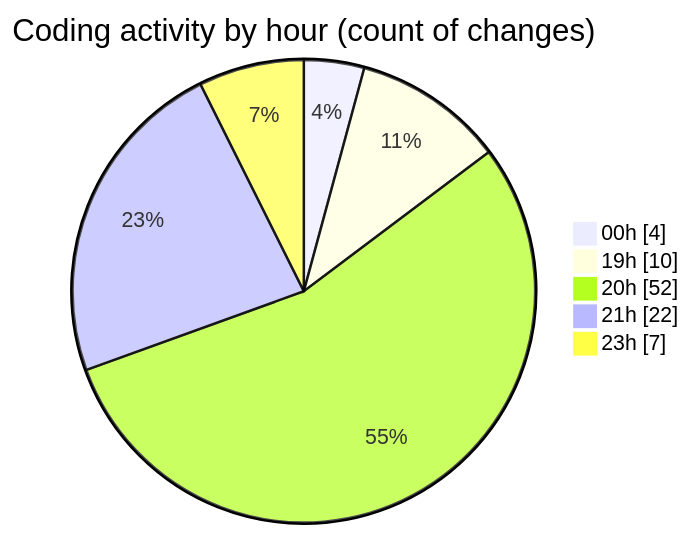
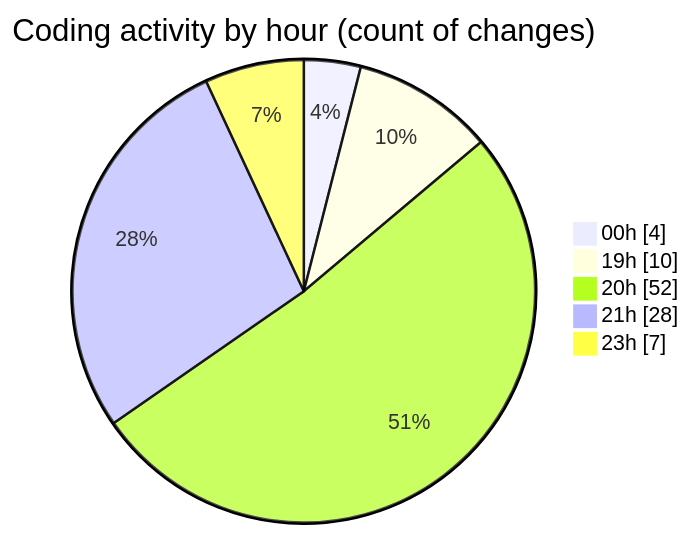
The second of 2 diagrams in 2025-02-27/cda/README.md (momahboobian/code-tracking), drawn with Mermaid before and after one commit. The commit also changed other lines of this file and 1 other file, not shown here.

````diff
--- a/2025-02-27/cda/README.md
+++ b/2025-02-27/cda/README.md
@@ -42,9 +42,9 @@
 ```mermaid
 pie showData
 title Coding activity by hour (count of changes)
 "00h" : 4
 "19h" : 10
 "20h" : 52
-"21h" : 22
+"21h" : 28
 "23h" : 7
 ```
````
